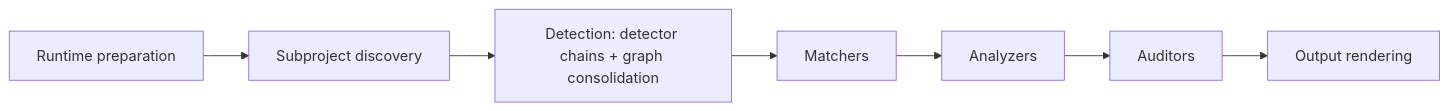
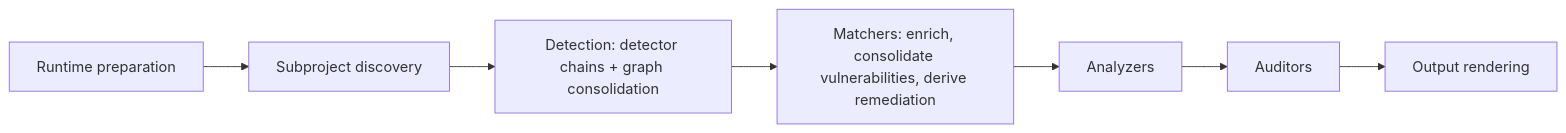
The second of 4 diagrams in dev-docs/ARCHITECTURE.md (bomly-dev/bomly-cli), drawn with Mermaid before and after one commit. The commit also changed other lines of this file and 190 other files, not shown here.

````diff
--- a/dev-docs/ARCHITECTURE.md
+++ b/dev-docs/ARCHITECTURE.md
@@ -50,12 +50,12 @@
 ```mermaid
 flowchart LR
     A[Runtime preparation]
     B[Subproject discovery]
     C[Detection: detector chains + graph consolidation]
-    F[Matchers]
+    F[Matchers: enrich, consolidate vulnerabilities, derive remediation]
     F2[Analyzers]
     G[Auditors]
     H[Output rendering]
 
     A --> B --> C --> F --> F2 --> G --> H
 ```
````
